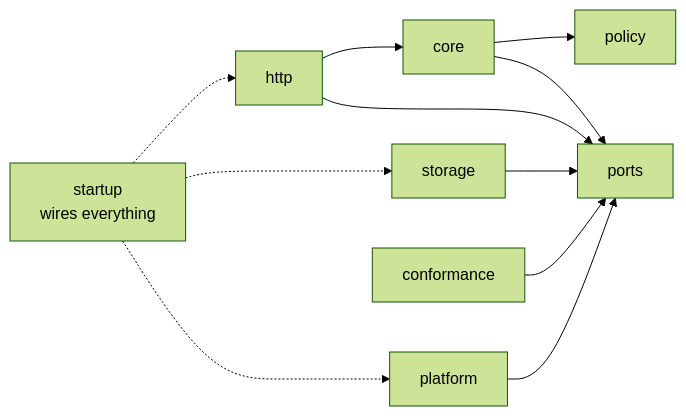
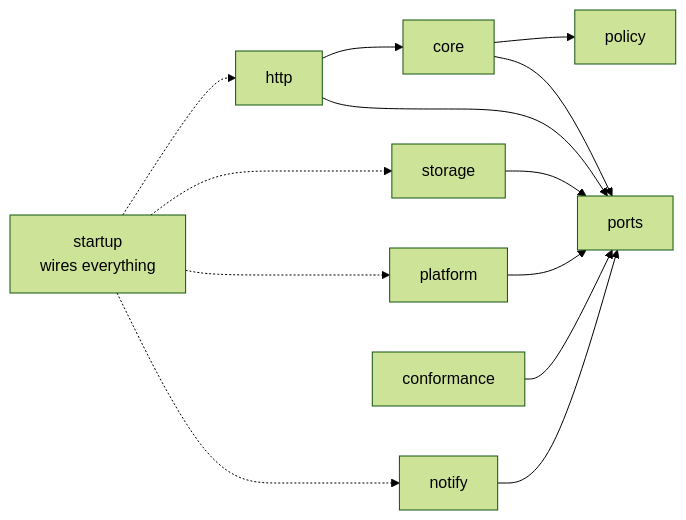
One commit to gauthamchandra/agent-hivemind changed the first of 3 diagrams in docs/architecture.md. Above: the diagram before and after it, drawn with Mermaid (forest theme). The commit also changed other lines of this file and 24 other files, not shown here.

````diff
--- a/docs/architecture.md
+++ b/docs/architecture.md
@@ -88,14 +89,16 @@
 ```mermaid
 flowchart LR
   startup["startup<br/>wires everything"]
   http --> core
   http --> ports
   core --> policy
   core --> ports
   storage --> ports
   platform --> ports
+  notify --> ports
   conformance --> ports
   startup -.-> http
   startup -.-> storage
   startup -.-> platform
+  startup -.-> notify
 ```
````
